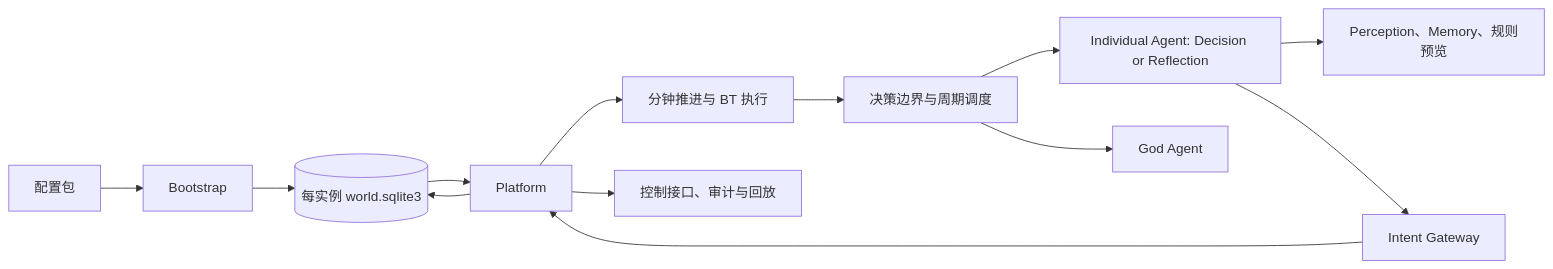
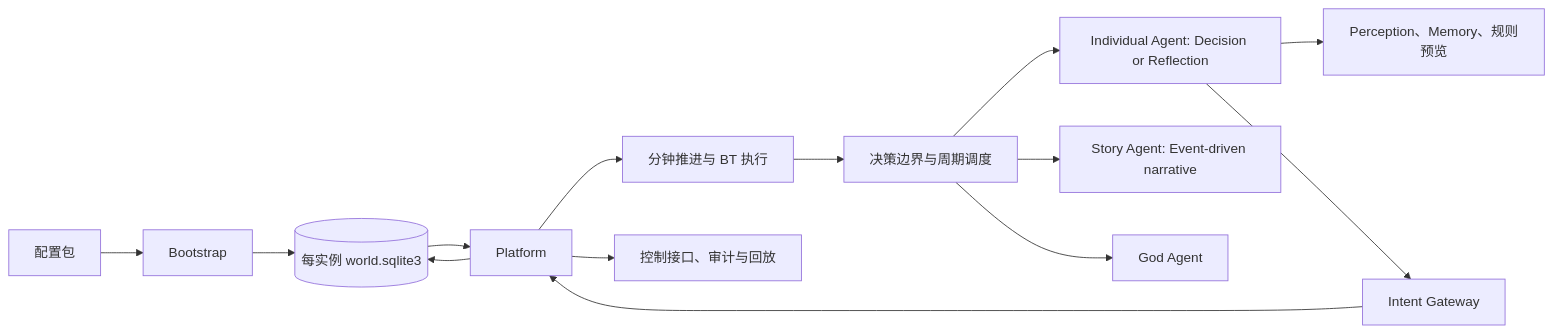
Before and after one commit to Robin-1978/sim2: the diagram in docs/design.md, drawn with Mermaid. The commit also changed other lines of this file and 29 other files, not shown here.

````diff
--- a/docs/design.md
+++ b/docs/design.md
@@ -42,15 +46,16 @@
 ```mermaid
 flowchart LR
     C[配置包] --> B[Bootstrap]
     B --> DB[(每实例 world.sqlite3)]
     DB --> P[Platform]
     P --> T[分钟推进与 BT 执行]
     T --> Q[决策边界与周期调度]
     Q --> A[Individual Agent: Decision or Reflection]
+    Q --> S[Story Agent: Event-driven narrative]
     Q --> G[God Agent]
     A --> R[Perception、Memory、规则预览]
     A --> I[Intent Gateway]
     I --> P
     P --> DB
     P --> E[控制接口、审计与回放]
 ```
````
